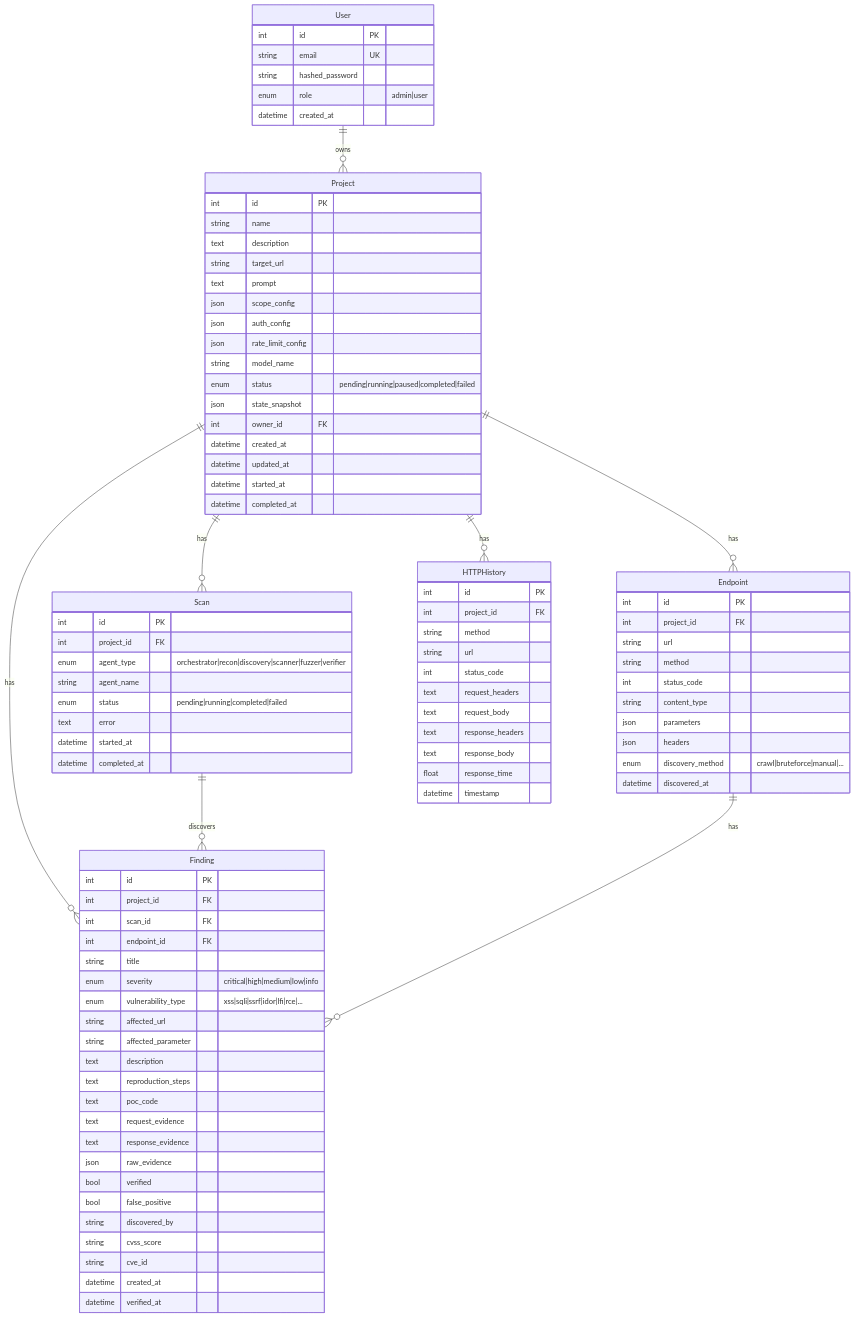
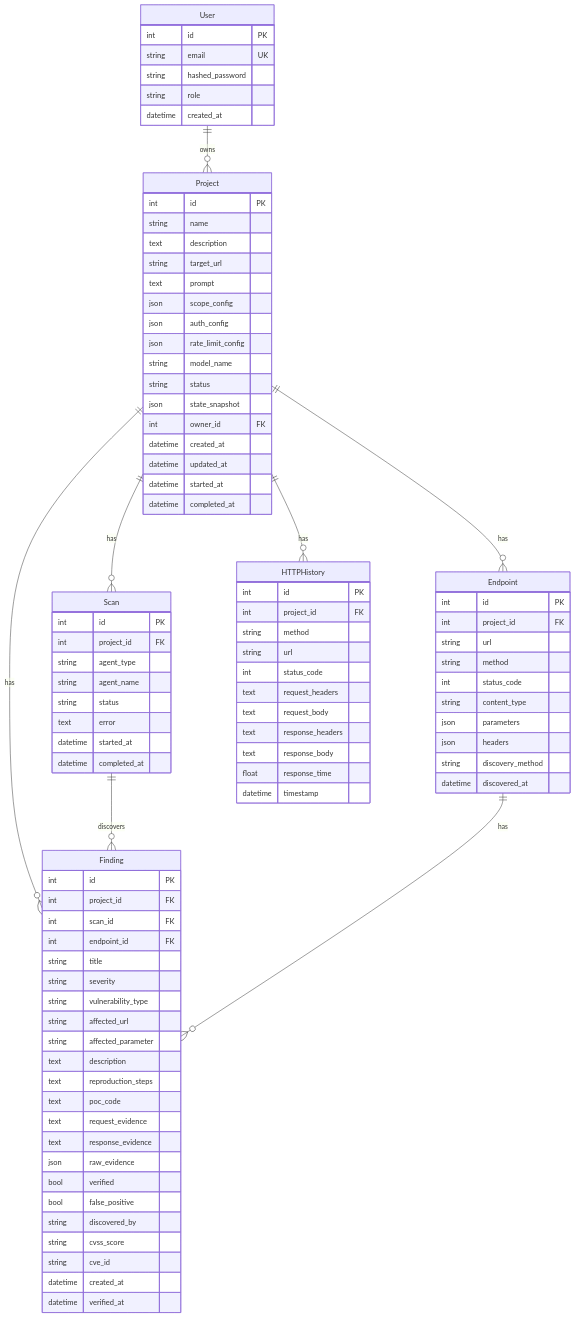
Diagram 11 of 16 in docs/architecture.md (omkar-ukirde/RedStrike.AI), drawn with Mermaid before and after one commit. The commit also changed other lines of this file, not shown here.

Commit message:
refactor: simplify and clean up Mermaid diagrams in architecture documentation

````diff
--- a/docs/architecture.md
+++ b/docs/architecture.md
@@ -564,7 +564,7 @@
         int id PK
         string email UK
         string hashed_password
-        enum role "admin|user"
+        string role
         datetime created_at
     }
 
@@ -578,7 +578,7 @@
         json auth_config
         json rate_limit_config
         string model_name
-        enum status "pending|running|paused|completed|failed"
+        string status
         json state_snapshot
         int owner_id FK
         datetime created_at
@@ -590,9 +590,9 @@
     Scan {
         int id PK
         int project_id FK
-        enum agent_type "orchestrator|recon|discovery|scanner|fuzzer|verifier"
+        string agent_type
         string agent_name
-        enum status "pending|running|completed|failed"
+        string status
         text error
         datetime started_at
         datetime completed_at
@@ -604,8 +604,8 @@
         int scan_id FK
         int endpoint_id FK
         string title
-        enum severity "critical|high|medium|low|info"
-        enum vulnerability_type "xss|sqli|ssrf|idor|lfi|rce|..."
+        string severity
+        string vulnerability_type
         string affected_url
         string affected_parameter
         text description
@@ -632,7 +632,7 @@
         string content_type
         json parameters
         json headers
-        enum discovery_method "crawl|bruteforce|manual|..."
+        string discovery_method
         datetime discovered_at
     }
 
@@ -650,11 +650,11 @@
         datetime timestamp
     }
 
-    User ||--o{ Project : "owns"
-    Project ||--o{ Scan : "has"
-    Project ||--o{ Finding : "has"
-    Project ||--o{ Endpoint : "has"
-    Project ||--o{ HTTPHistory : "has"
-    Scan ||--o{ Finding : "discovers"
-    Endpoint ||--o{ Finding : "has"
+    User ||--o{ Project : owns
+    Project ||--o{ Scan : has
+    Project ||--o{ Finding : has
+    Project ||--o{ Endpoint : has
+    Project ||--o{ HTTPHistory : has
+    Scan ||--o{ Finding : discovers
+    Endpoint ||--o{ Finding : has
 ```
````
